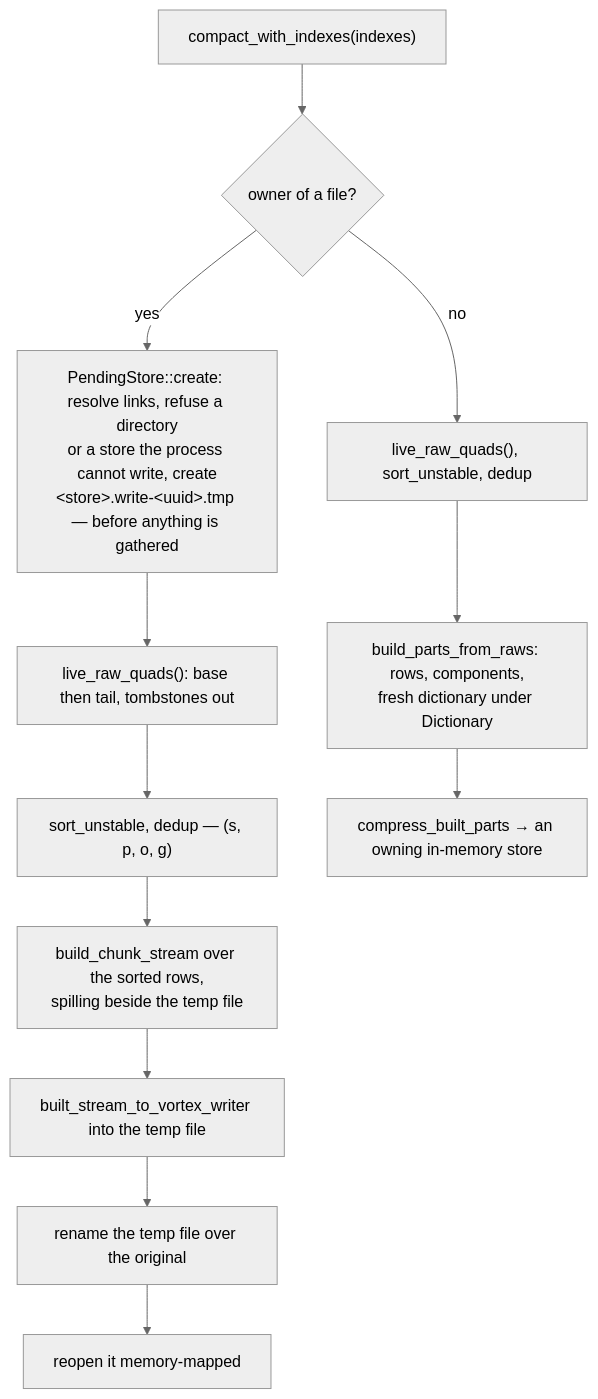
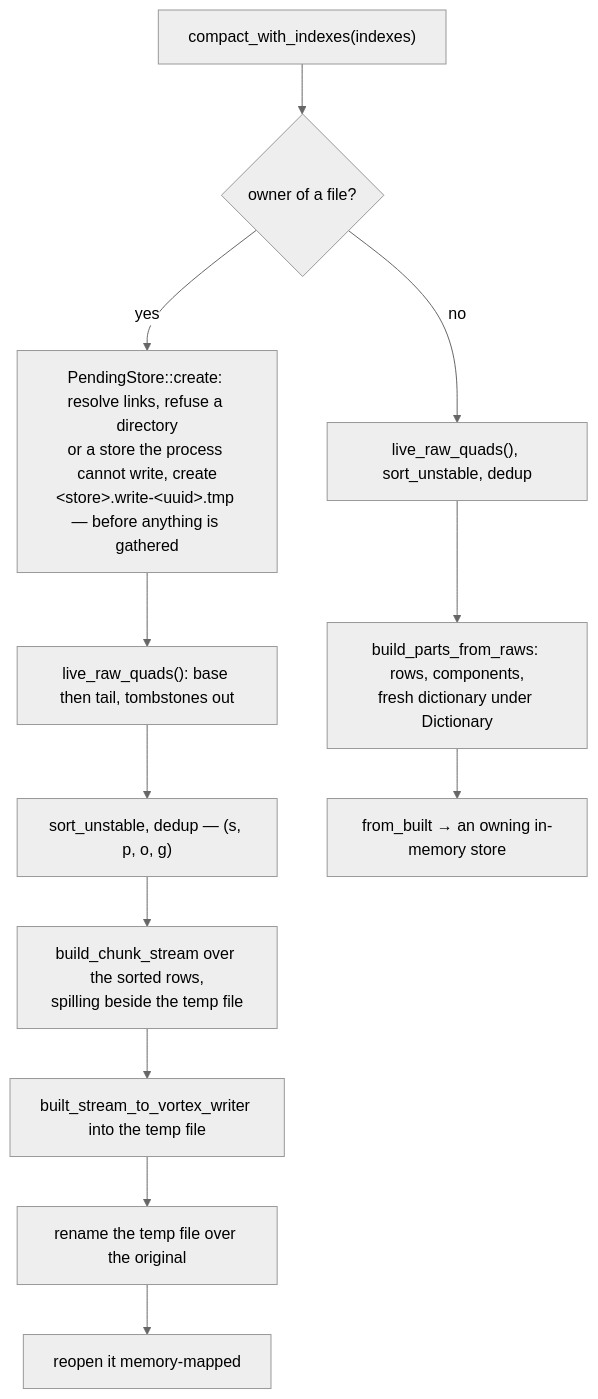
The fourth of 4 diagrams in docs/mutations.md (vortex-rdf/vortex-rdf), drawn with Mermaid (neutral theme) before and after one commit. The commit also changed other lines of this file and 18 other files, not shown here.

````diff
--- a/docs/mutations.md
+++ b/docs/mutations.md
@@ -199,14 +199,14 @@
 ```mermaid
 flowchart TD
     C["compact_with_indexes(indexes)"] --> O{"owner of a file?"}
     O -- "yes" --> P["PendingStore::create: resolve links, refuse a directory<br/>or a store the process cannot write, create<br/>&lt;store&gt;.write-&lt;uuid&gt;.tmp — before anything is gathered"]
     P --> L["live_raw_quads(): base then tail, tombstones out"]
     L --> S["sort_unstable, dedup — (s, p, o, g)"]
     S --> F1["build_chunk_stream over the sorted rows,<br/>spilling beside the temp file"]
     F1 --> F2["built_stream_to_vortex_writer into the temp file"]
     F2 --> F3["rename the temp file over the original"]
     F3 --> F4["reopen it memory-mapped"]
     O -- "no" --> L2["live_raw_quads(), sort_unstable, dedup"]
     L2 --> M1["build_parts_from_raws: rows, components,<br/>fresh dictionary under Dictionary"]
-    M1 --> M2["compress_built_parts → an owning in-memory store"]
+    M1 --> M2["from_built → an owning in-memory store"]
 ```
````
